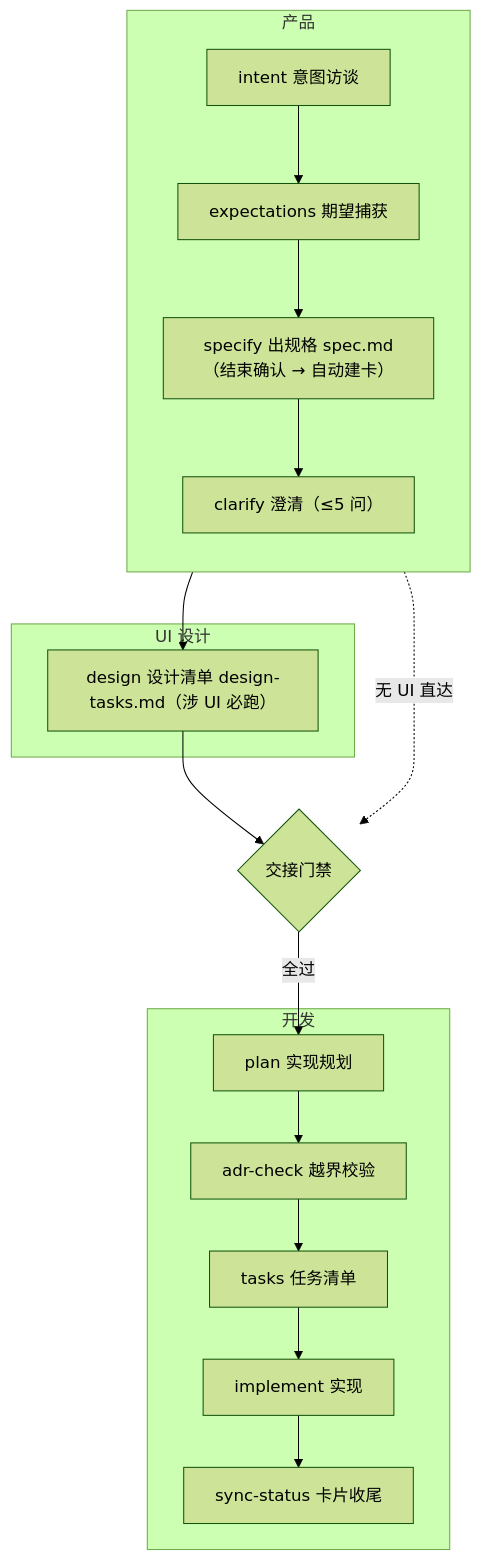
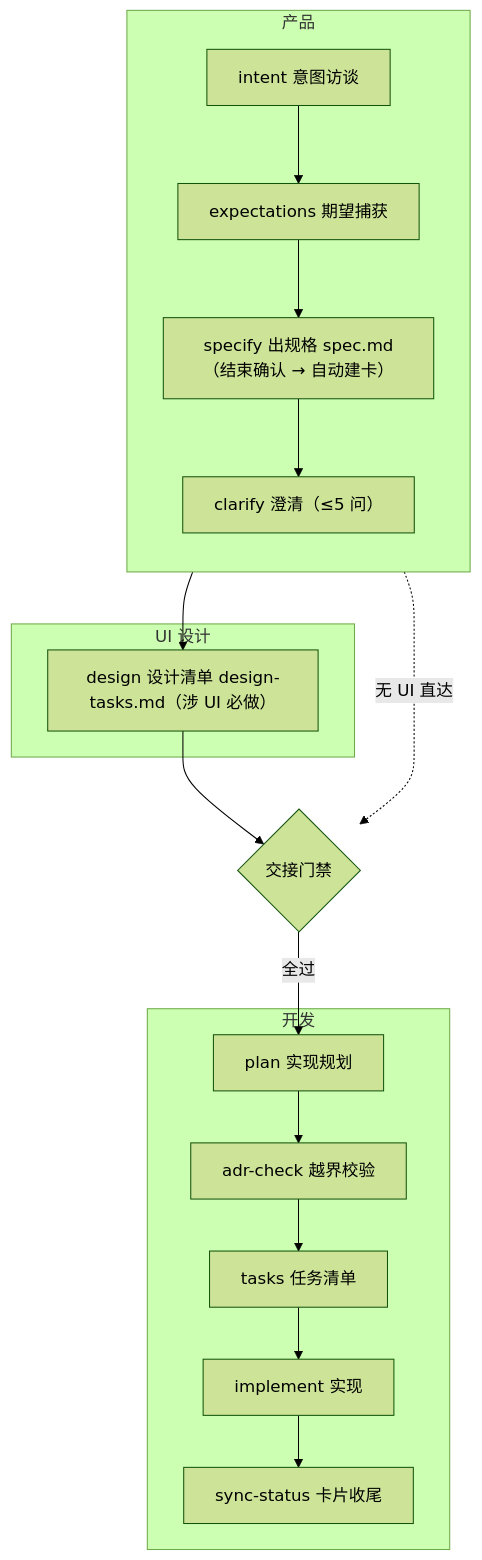
One commit to HJXArthurAtlas/Delivery-Harness changed the diagram in docs/user-guide.md. Above: the diagram before and after it, drawn with Mermaid (forest theme). The commit also changed other lines of this file, not shown here.

````diff
--- a/docs/user-guide.md
+++ b/docs/user-guide.md
@@ -19,17 +19,17 @@
 ```mermaid
 flowchart TD
   subgraph PM["产品"]
     direction TB
     IT["intent 意图访谈"] --> EX["expectations 期望捕获"] --> SP["specify 出规格 spec.md（结束确认 → 自动建卡）"] --> CL["clarify 澄清（≤5 问）"]
   end
   subgraph DS["UI 设计"]
-    DE["design 设计清单 design-tasks.md（涉 UI 必跑）"]
+    DE["design 设计清单 design-tasks.md（涉 UI 必做）"]
   end
   subgraph DV["开发"]
     PL["plan 实现规划"] --> AC["adr-check 越界校验"] --> TK["tasks 任务清单"] --> IM["implement 实现"] --> ST["sync-status 卡片收尾"]
   end
   SP --> DE
   DE --> GA{"交接门禁"}
   SP -. 无 UI 直达 .-> GA
   GA -->|全过| PL
 ```
````
